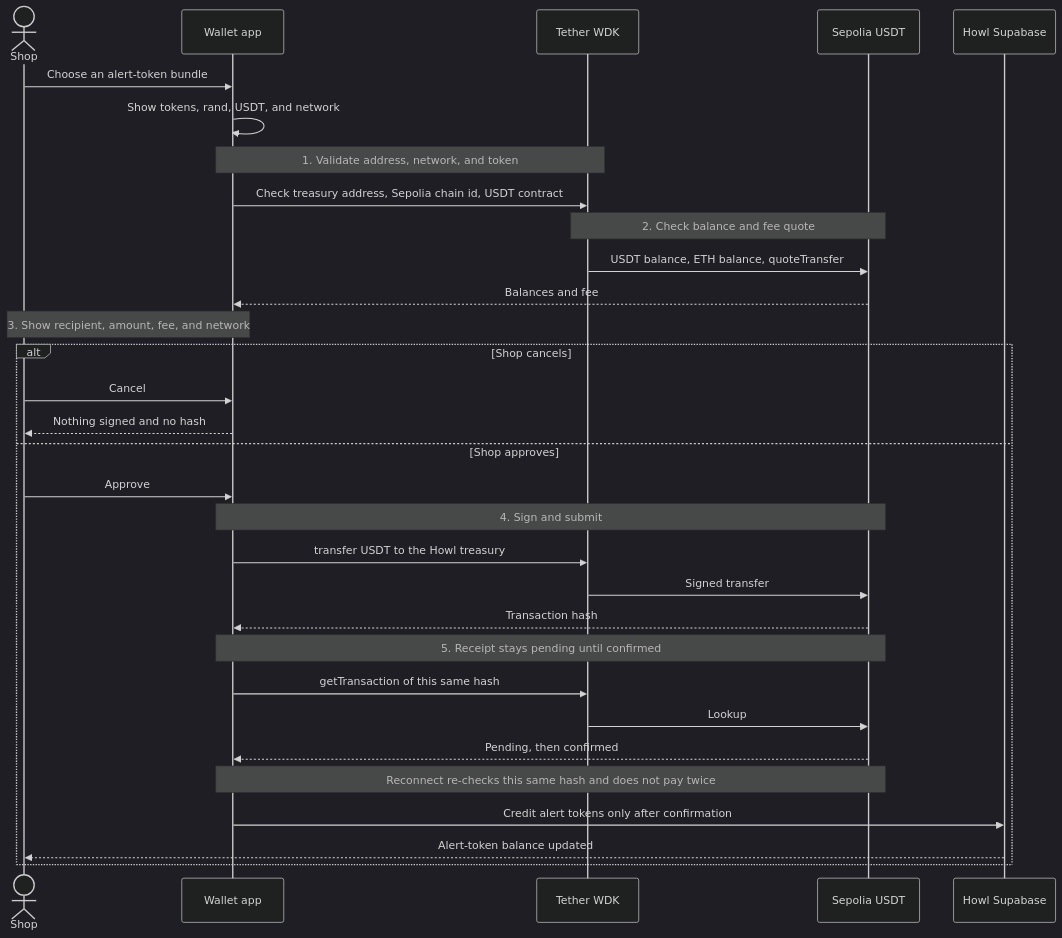
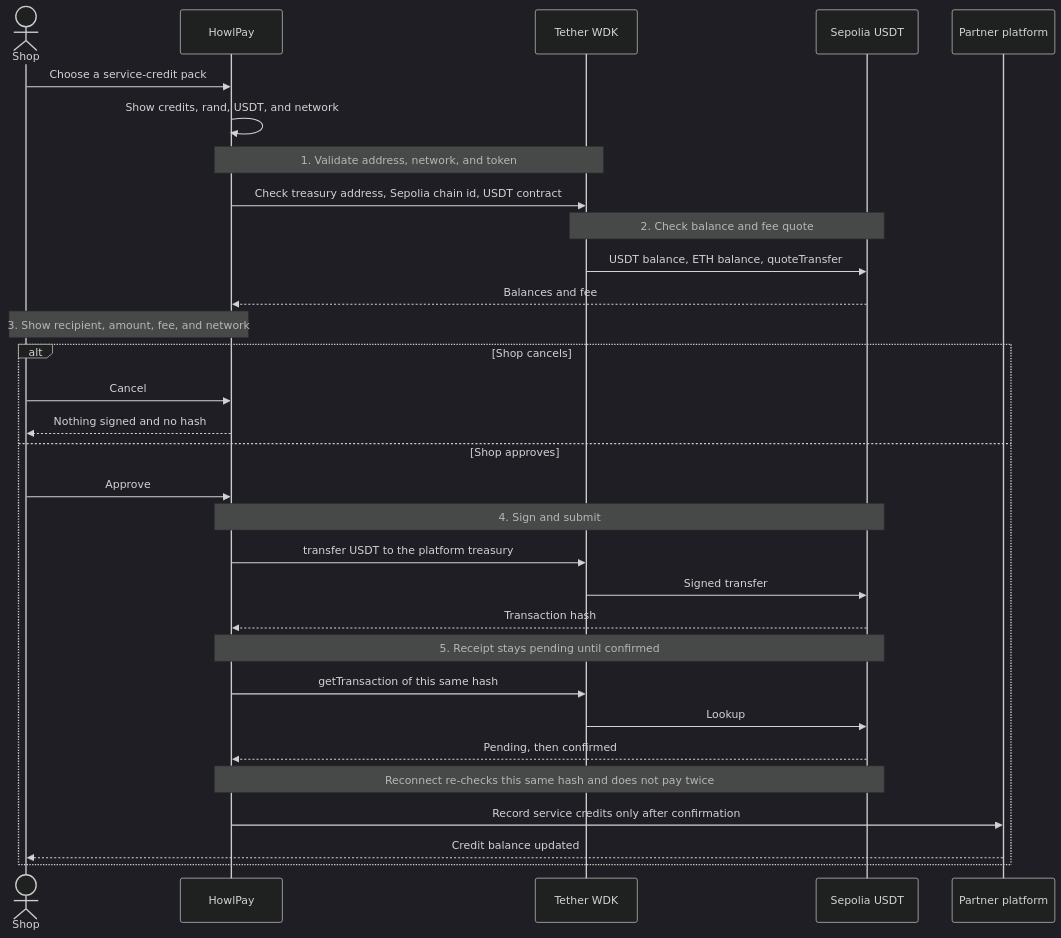
The second of 3 diagrams in docs/architecture.md (MrFriedman/w3node_2026), drawn with Mermaid (dark theme) before and after one commit. The commit also changed other lines of this file and 17 other files, not shown here.

First line of the commit message:
Rename the public project to HowlPay.

````diff
--- a/docs/architecture.md
+++ b/docs/architecture.md
@@ -81,34 +80,34 @@
 ```mermaid
 sequenceDiagram
   actor Shop
-  participant App as Wallet app
+  participant App as HowlPay
   participant WDK as Tether WDK
   participant Chain as Sepolia USDT
-  participant Howl as Howl Supabase
+  participant Partner as Partner platform
 
-  Shop->>App: Choose an alert-token bundle
-  App->>App: Show tokens, rand, USDT, and network
+  Shop->>App: Choose a service-credit pack
+  App->>App: Show credits, rand, USDT, and network
   Note over App,WDK: 1. Validate address, network, and token
   App->>WDK: Check treasury address, Sepolia chain id, USDT contract
   Note over WDK,Chain: 2. Check balance and fee quote
   WDK->>Chain: USDT balance, ETH balance, quoteTransfer
   Chain-->>App: Balances and fee
   Note over Shop,App: 3. Show recipient, amount, fee, and network
   alt Shop cancels
     Shop->>App: Cancel
     App-->>Shop: Nothing signed and no hash
   else Shop approves
     Shop->>App: Approve
     Note over App,Chain: 4. Sign and submit
-    App->>WDK: transfer USDT to the Howl treasury
+    App->>WDK: transfer USDT to the platform treasury
     WDK->>Chain: Signed transfer
     Chain-->>App: Transaction hash
     Note over App,Chain: 5. Receipt stays pending until confirmed
     App->>WDK: getTransaction of this same hash
     WDK->>Chain: Lookup
     Chain-->>App: Pending, then confirmed
     Note over App,Chain: Reconnect re-checks this same hash and does not pay twice
-    App->>Howl: Credit alert tokens only after confirmation
-    Howl-->>Shop: Alert-token balance updated
+    App->>Partner: Record service credits only after confirmation
+    Partner-->>Shop: Credit balance updated
   end
 ```
````
